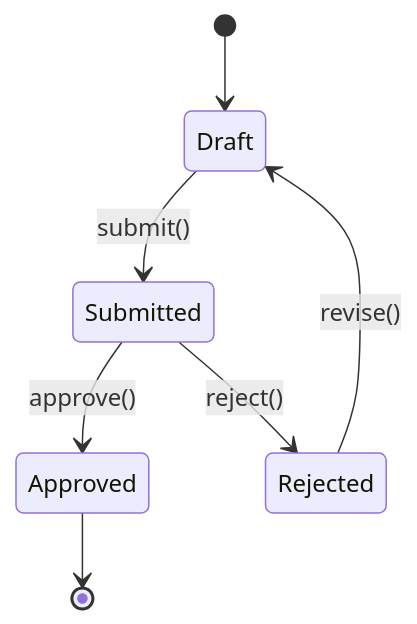
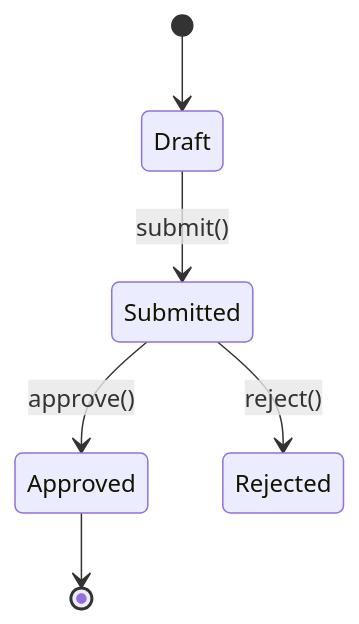
One commit to ccheney/robust-skills changed the fourth of 4 diagrams in skills/mermaid-diagrams/SKILL.md. Above: the diagram before and after it, drawn with Mermaid. The commit also changed other lines of this file and 9 other files, not shown here.

First line of the commit message:
Update mermaid-diagrams skill with reference documentation

````diff
--- a/skills/mermaid-diagrams/SKILL.md
+++ b/skills/mermaid-diagrams/SKILL.md
@@ -360,9 +128,8 @@
 ```mermaid
 stateDiagram-v2
     [*] --> Draft
     Draft --> Submitted : submit()
     Submitted --> Approved : approve()
     Submitted --> Rejected : reject()
     Approved --> [*]
-    Rejected --> Draft : revise()
 ```
````
